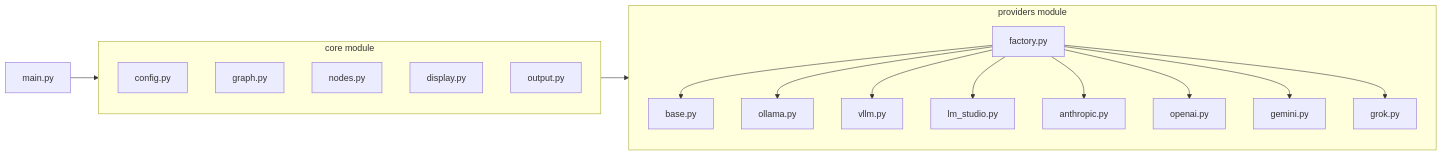
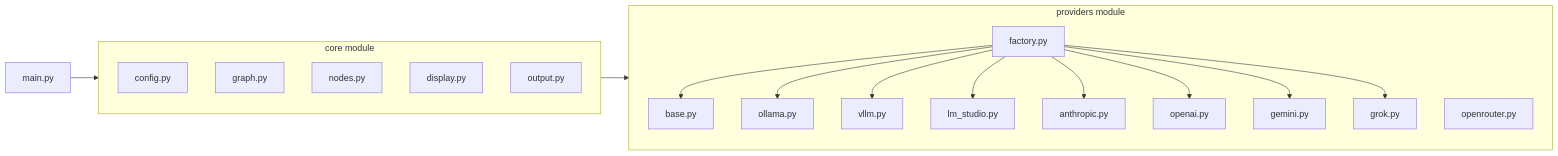
The diagram in backend/README.md (machinedge/prizms-oss), drawn with Mermaid before and after one commit. The commit also changed other lines of this file and 3 other files, not shown here.

First line of the commit message:
Add OpenRouter provider support in the backend

````diff
--- a/backend/README.md
+++ b/backend/README.md
@@ -11,34 +11,35 @@
 ```mermaid
 flowchart LR
     MainPy[main.py] --> Core
     Core --> Providers
     
     subgraph Core [core module]
         ConfigPy[config.py]
         GraphPy[graph.py]
         NodesPy[nodes.py]
         DisplayPy[display.py]
         OutputPy[output.py]
     end
     
     subgraph Providers [providers module]
         Factory[factory.py]
         BasePy[base.py]
         OllamaPy[ollama.py]
         VllmPy[vllm.py]
         LmStudioPy[lm_studio.py]
         AnthropicPy[anthropic.py]
         OpenAIPy[openai.py]
         GeminiPy[gemini.py]
         GrokPy[grok.py]
+        OpenRouterPy[openrouter.py]
     end
     
     Factory --> BasePy
     Factory --> OllamaPy
     Factory --> VllmPy
     Factory --> LmStudioPy
     Factory --> AnthropicPy
     Factory --> OpenAIPy
     Factory --> GeminiPy
     Factory --> GrokPy
 ```
````
